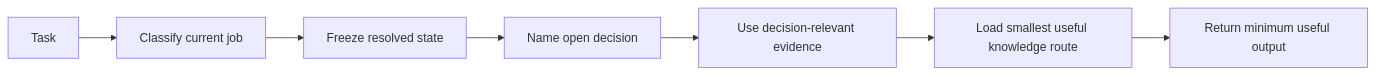
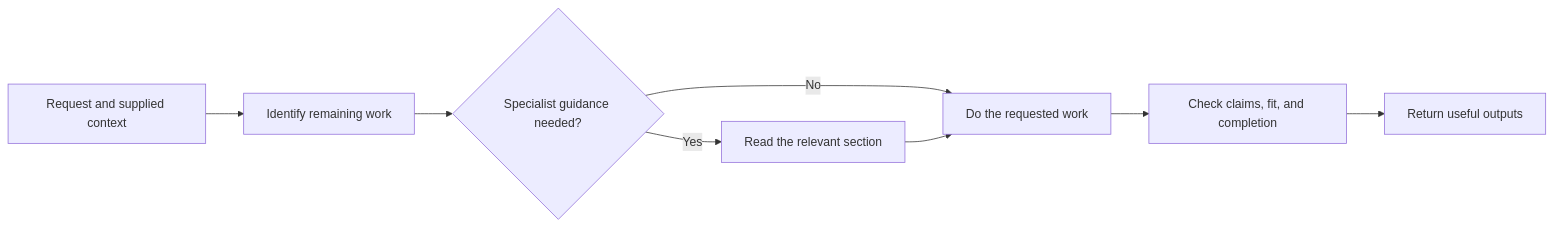
Before and after one commit to quocbao201104/marketing-practitioner: the diagram in README.md, drawn with Mermaid. The commit also changed other lines of this file and 7 other files, not shown here.

````diff
--- a/README.md
+++ b/README.md
@@ -100,9 +104,10 @@
 ```mermaid
 flowchart LR
-    A[Task] --> B[Classify current job]
-    B --> C[Freeze resolved state]
-    C --> D[Name open decision]
-    D --> E[Use decision-relevant evidence]
-    E --> F[Load smallest useful knowledge route]
-    F --> G[Return minimum useful output]
+    A[Request and supplied context] --> B[Identify remaining work]
+    B --> C{Specialist guidance needed?}
+    C -->|No| E[Do the requested work]
+    C -->|Yes| D[Read the relevant section]
+    D --> E
+    E --> F[Check claims, fit, and completion]
+    F --> G[Return useful outputs]
 ```
````
